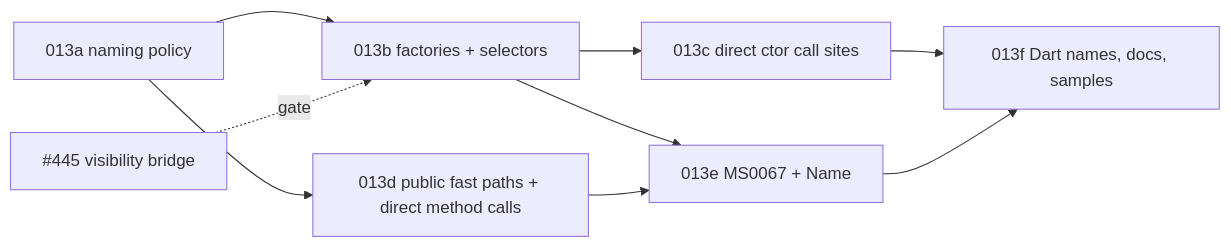
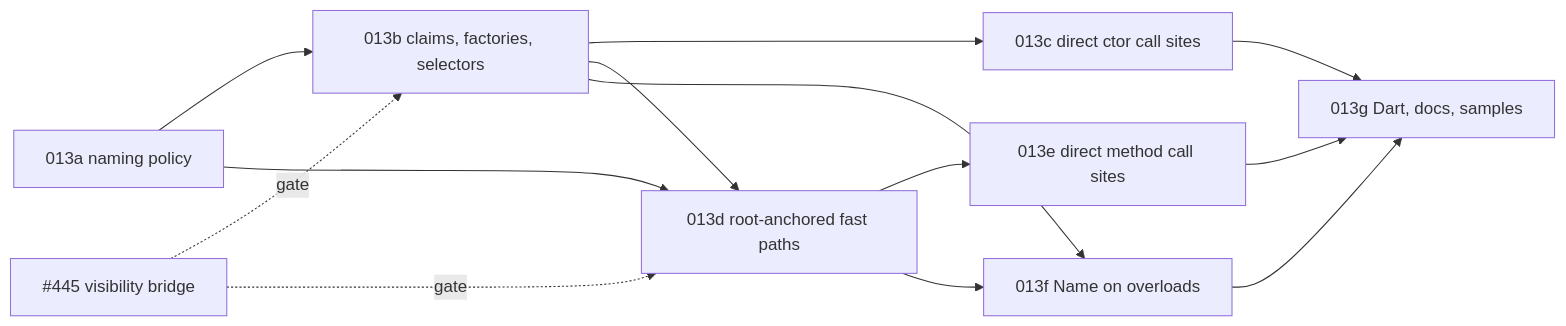
Before and after one commit to danfma/metano: the diagram in specs/013-overload-factories/plan.md, drawn with Mermaid. The commit also changed other lines of this file and 16 other files, not shown here.

````diff
--- a/specs/013-overload-factories/plan.md
+++ b/specs/013-overload-factories/plan.md
@@ -104,11 +113,15 @@
 ```mermaid
 flowchart LR
-  a[013a naming policy] --> b[013b factories + selectors]
+  a[013a naming policy] --> b[013b claims, factories, selectors]
   i445[#445 visibility bridge] -. gate .-> b
+  i445 -. gate .-> d
   b --> c[013c direct ctor call sites]
-  a --> d[013d public fast paths + direct method calls]
-  b --> e[013e MS0067 + Name]
-  d --> e
-  c --> f[013f Dart names, docs, samples]
-  e --> f
+  a --> d[013d root-anchored fast paths]
+  b --> d
+  d --> e[013e direct method call sites]
+  b --> f[013f Name on overloads]
+  d --> f
+  c --> g[013g Dart, docs, samples]
+  e --> g
+  f --> g
 ```
````
